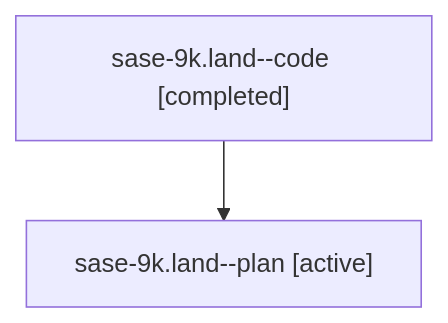
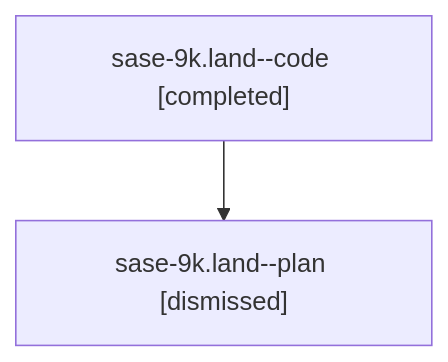
One commit to sase-org/sase--agents changed the diagram in sessions/bbugyi200.athena.sase-9k.land.md. Above: the diagram before and after it, drawn with Mermaid. The commit also changed other lines of this file and 102 other files, not shown here.

````diff
--- a/sessions/bbugyi200.athena.sase-9k.land.md
+++ b/sessions/bbugyi200.athena.sase-9k.land.md
@@ -9,6 +9,6 @@
 ```mermaid
 flowchart TD
   n0["sase-9k.land--code [completed]"]
-  n1["sase-9k.land--plan [active]"]
+  n1["sase-9k.land--plan [dismissed]"]
   n0 --> n1
 ```
````
